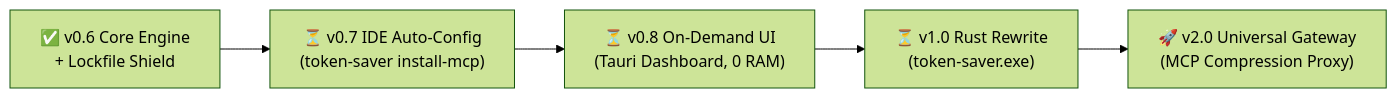
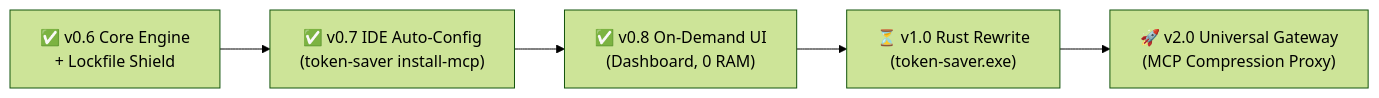
One commit to Farukes/Token-Saver changed the diagram in ROADMAP.md. Above: the diagram before and after it, drawn with Mermaid (forest theme). The commit also changed other lines of this file, not shown here.

Commit message:
docs: update ROADMAP.md with completed Phase 1 and Phase 2 milestones

````diff
--- a/ROADMAP.md
+++ b/ROADMAP.md
@@ -9,7 +9,7 @@
 ```mermaid
 flowchart LR
-    M1["✅ v0.6 Core Engine<br>+ Lockfile Shield"] --> M2["⏳ v0.7 IDE Auto-Config<br>(token-saver install-mcp)"]
-    M2 --> M3["⏳ v0.8 On-Demand UI<br>(Tauri Dashboard, 0 RAM)"]
+    M1["✅ v0.6 Core Engine<br>+ Lockfile Shield"] --> M2["✅ v0.7 IDE Auto-Config<br>(token-saver install-mcp)"]
+    M2 --> M3["✅ v0.8 On-Demand UI<br>(Dashboard, 0 RAM)"]
     M3 --> M4["⏳ v1.0 Rust Rewrite<br>(token-saver.exe)"]
     M4 --> M5["🚀 v2.0 Universal Gateway<br>(MCP Compression Proxy)"]
 ```
````
